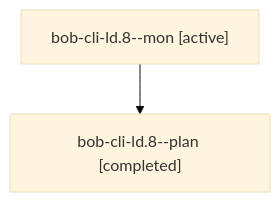
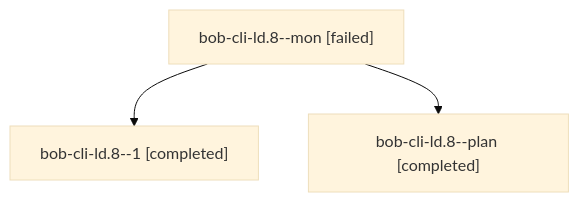
One commit to bobs-org/bob-cli--agents changed the diagram in sessions/bbugyi200.athena.bob-cli-ld.8.md. Above: the diagram before and after it, drawn with Mermaid (base theme). The commit also changed other lines of this file and 82 other files, not shown here.

````diff
--- a/sessions/bbugyi200.athena.bob-cli-ld.8.md
+++ b/sessions/bbugyi200.athena.bob-cli-ld.8.md
@@ -9,6 +9,8 @@
 ```mermaid
 flowchart TD
-  n0["bob-cli-ld.8--mon [active]"]
-  n1["bob-cli-ld.8--plan [completed]"]
+  n0["bob-cli-ld.8--mon [failed]"]
+  n1["bob-cli-ld.8--1 [completed]"]
   n0 --> n1
+  n2["bob-cli-ld.8--plan [completed]"]
+  n0 --> n2
 ```
````
